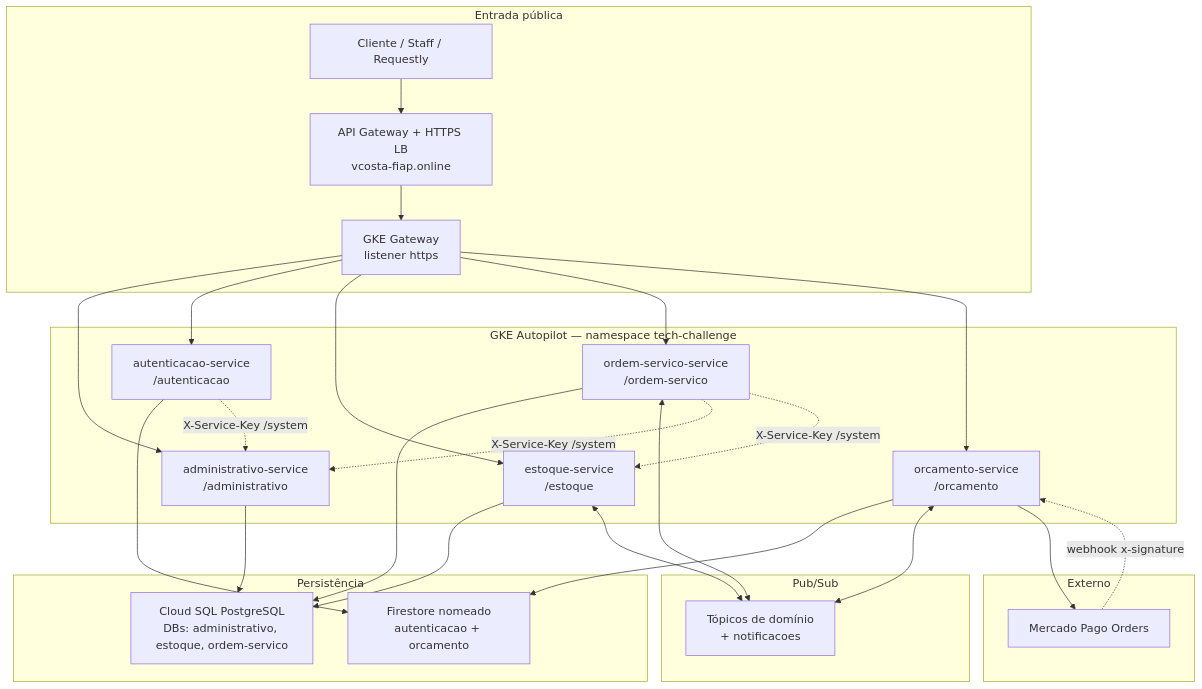
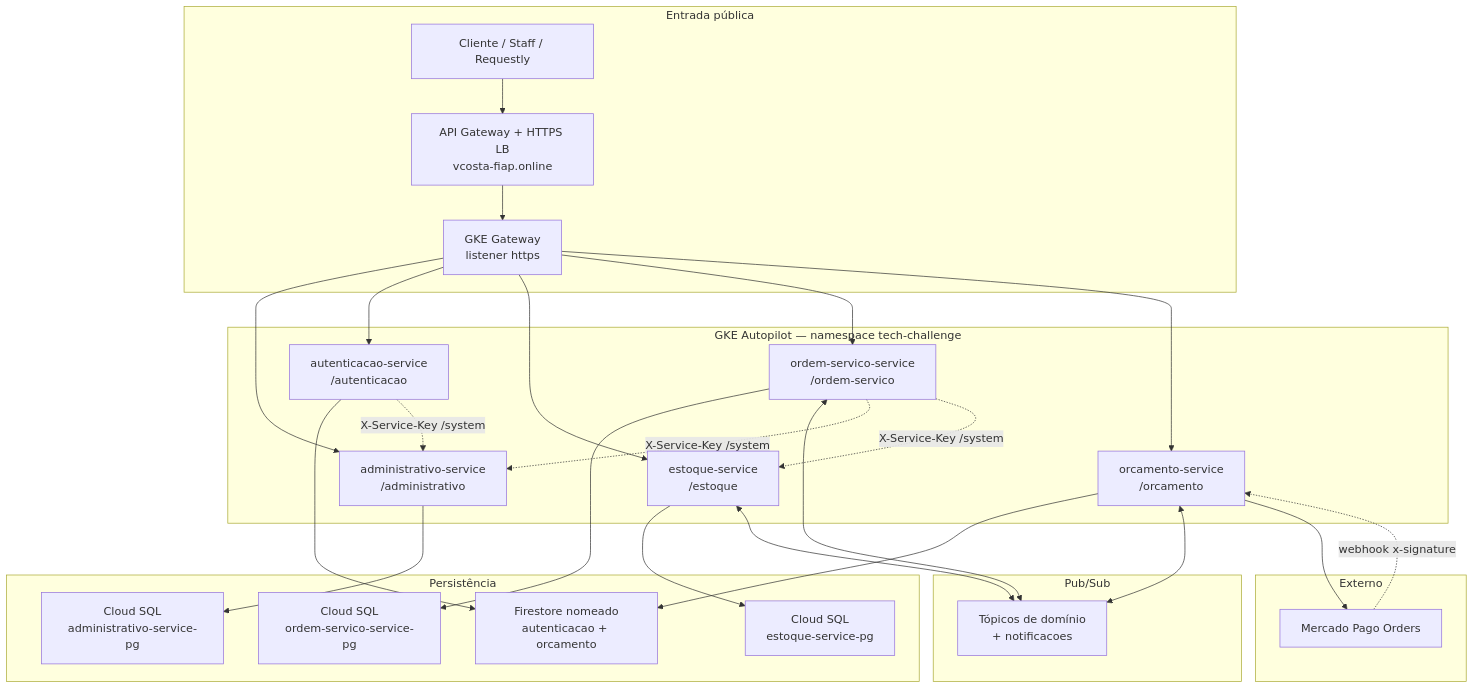
Before and after one commit to fiap-vcosta/e2e: the first of 2 diagrams in docs/arquitetura.md, drawn with Mermaid. The commit also changed 5 other files, not shown here.

First line of the commit message:
Drop infra-db from demo-up/down and document 3 Cloud SQL instances. (#23)

````diff
--- a/docs/arquitetura.md
+++ b/docs/arquitetura.md
@@ -7,49 +7,51 @@
 ```mermaid
 flowchart TB
   subgraph entrada["Entrada pública"]
     Client["Cliente / Staff / Requestly"]
     Apex["API Gateway + HTTPS LB<br/>vcosta-fiap.online"]
     GKEGW["GKE Gateway<br/>listener https"]
   end
 
   subgraph gke["GKE Autopilot — namespace tech-challenge"]
     Adm["administrativo-service<br/>/administrativo"]
     Auth["autenticacao-service<br/>/autenticacao"]
     Est["estoque-service<br/>/estoque"]
     OS["ordem-servico-service<br/>/ordem-servico"]
     Orc["orcamento-service<br/>/orcamento"]
   end
 
   subgraph dados["Persistência"]
-    PG["Cloud SQL PostgreSQL<br/>DBs: administrativo, estoque, ordem-servico"]
+    PGAdm["Cloud SQL<br/>administrativo-service-pg"]
+    PGEst["Cloud SQL<br/>estoque-service-pg"]
+    PGOS["Cloud SQL<br/>ordem-servico-service-pg"]
     FS["Firestore nomeado<br/>autenticacao + orcamento"]
   end
 
   subgraph msg["Pub/Sub"]
     Topics["Tópicos de domínio<br/>+ notificacoes"]
   end
 
   subgraph ext["Externo"]
     MP["Mercado Pago Orders"]
   end
 
   Client --> Apex
   Apex --> GKEGW
   GKEGW --> Adm & Auth & Est & OS & Orc
 
-  Adm --> PG
-  Est --> PG
-  OS --> PG
+  Adm --> PGAdm
+  Est --> PGEst
+  OS --> PGOS
   Auth --> FS
   Orc --> FS
 
   OS <--> Topics
   Est <--> Topics
   Orc <--> Topics
 
   Orc --> MP
   MP -.->|webhook x-signature| Orc
 
   Auth -.->|X-Service-Key /system| Adm
   OS -.->|X-Service-Key /system| Adm & Est
 ```
````
